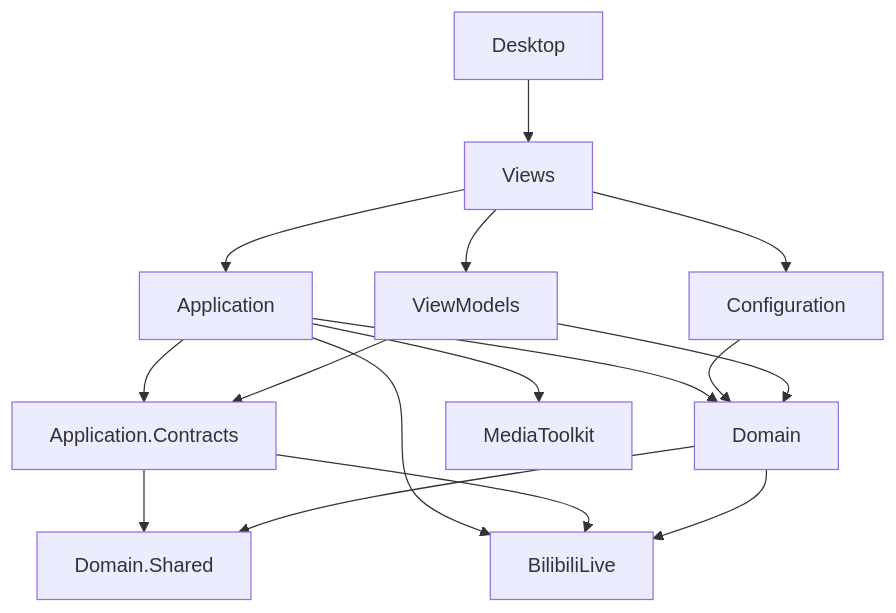
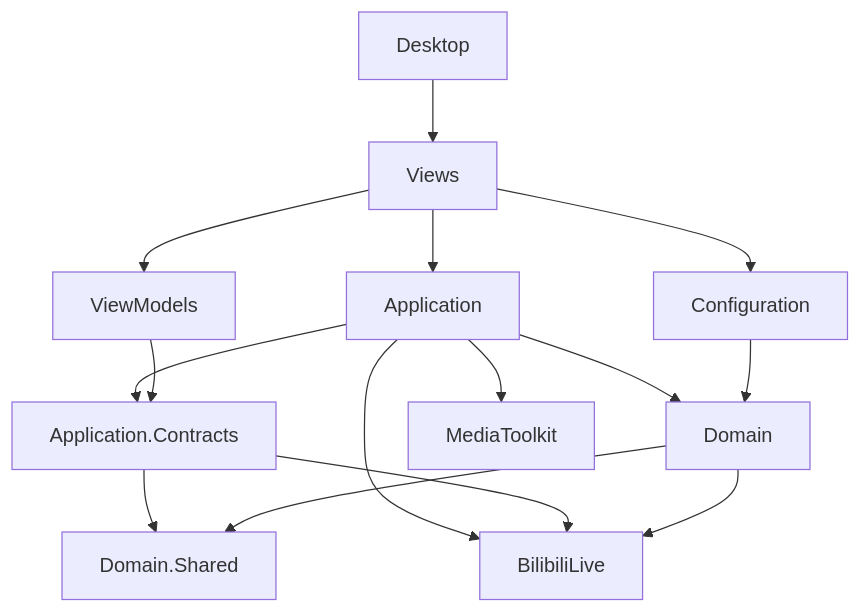
Before and after one commit to HMBSbige/BilibiliLiveRecordDownLoader: the diagram in README.md, drawn with Mermaid. The commit also changed 78 other files, not shown here.

Commit message:
refactor: make the view models depend only on the application contracts

````diff
--- a/README.md
+++ b/README.md
@@ -31,21 +31,20 @@
 ```mermaid
 flowchart TD
     Desktop["Desktop"] --> Views["Views"]
 
     Views --> Application["Application"]
     Views --> Configuration["Configuration"]
     Views --> ViewModels["ViewModels"]
 
     Application --> ApplicationContracts["Application.Contracts"]
     Application --> Domain["Domain"]
     Application --> BilibiliLive["BilibiliLive"]
     Application --> MediaToolkit["MediaToolkit"]
     Configuration --> Domain
     ViewModels --> ApplicationContracts
-    ViewModels --> Domain
 
     ApplicationContracts --> DomainShared["Domain.Shared"]
     ApplicationContracts --> BilibiliLive
     Domain --> DomainShared
     Domain --> BilibiliLive
 ```
````
